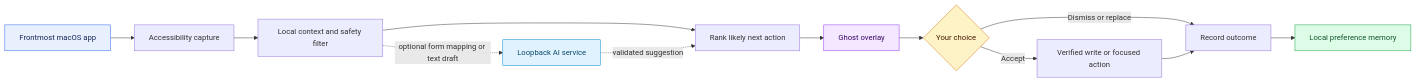
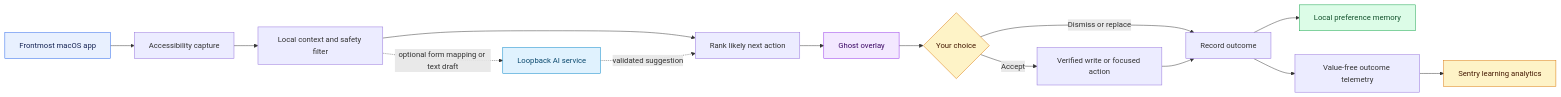
The second of 3 diagrams in README.md (pravinl23/htn2026), drawn with Mermaid before and after one commit. The commit also changed other lines of this file and 7 other files, not shown here.

````diff
--- a/README.md
+++ b/README.md
@@ -99,21 +128,24 @@
 ```mermaid
 flowchart LR
     A[Frontmost macOS app] --> B[Accessibility capture]
     B --> C[Local context and safety filter]
     C --> D[Rank likely next action]
     D --> E[Ghost overlay]
     E --> F{Your choice}
     F -->|Accept| G[Verified write or focused action]
     F -->|Dismiss or replace| H[Record outcome]
     G --> H
     H --> I[Local preference memory]
+    H --> K[Value-free outcome telemetry]
+    K --> L[Sentry learning analytics]
 
     C -. optional form mapping or text draft .-> J[Loopback AI service]
     J -. validated suggestion .-> D
 
     style A fill:#e8f0fe,stroke:#2563eb,color:#172554
     style E fill:#f3e8ff,stroke:#9333ea,color:#3b0764
     style F fill:#fef3c7,stroke:#d97706,color:#451a03
     style I fill:#dcfce7,stroke:#16a34a,color:#14532d
     style J fill:#e0f2fe,stroke:#0284c7,color:#0c4a6e
+    style L fill:#fef3c7,stroke:#d97706,color:#451a03
 ```
````
